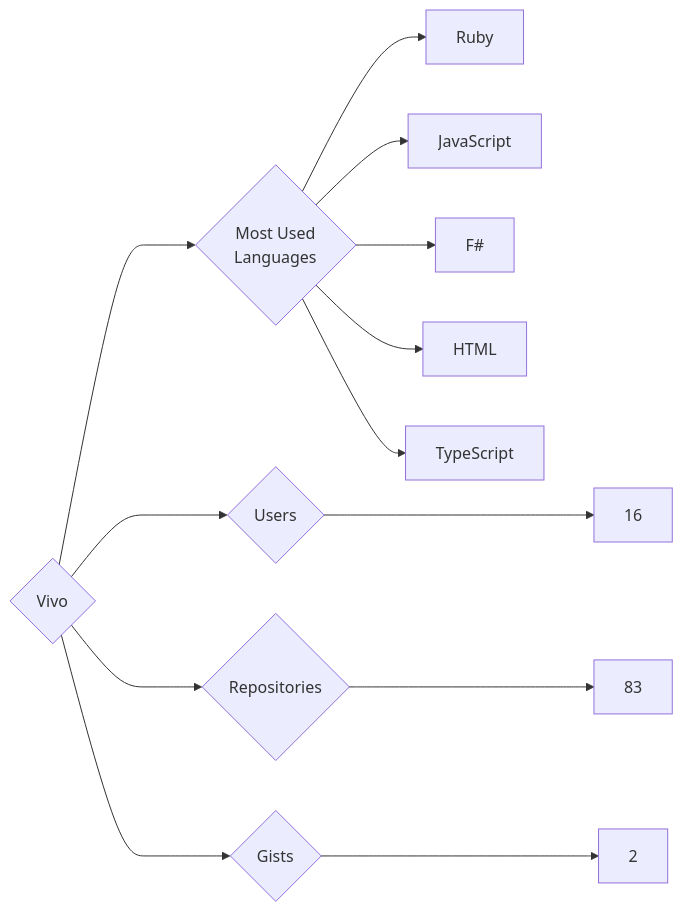
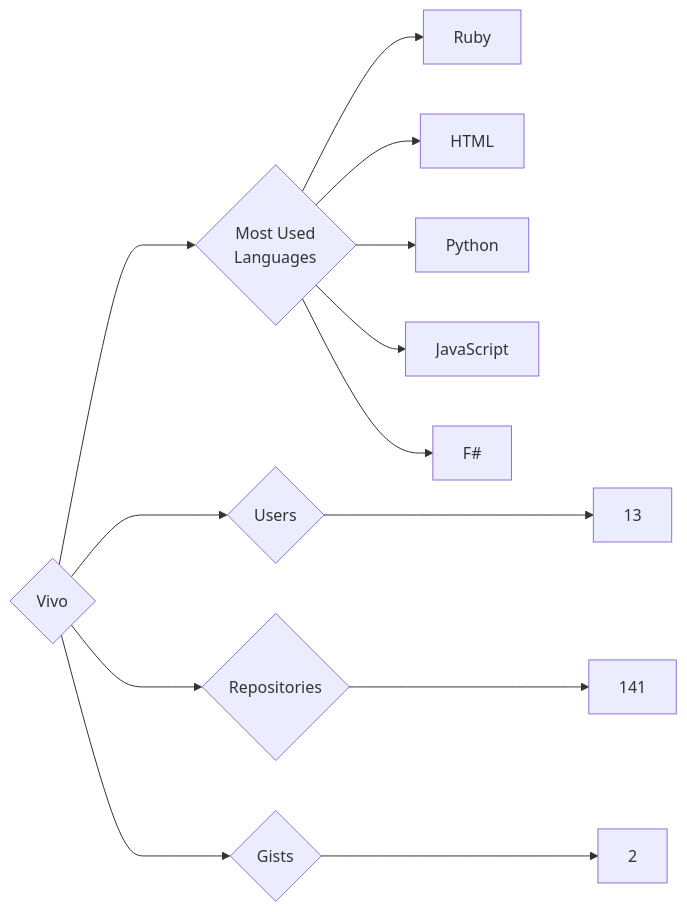
Before and after one commit to trickest/insiders: the diagram in targets/Vivo/README.md, drawn with Mermaid. The commit also changed 964 other files, not shown here.

````diff
--- a/targets/Vivo/README.md
+++ b/targets/Vivo/README.md
@@ -3,13 +3,13 @@
 ```mermaid
 graph LR
 COMPANY_NAME{Vivo}
-COMPANY_NAME ---> U{Users} ---> UN[16]
-COMPANY_NAME ---> R{Repositories} ---> RN[83]
+COMPANY_NAME ---> U{Users} ---> UN[13]
+COMPANY_NAME ---> R{Repositories} ---> RN[141]
 COMPANY_NAME ---> G{Gists} ---> GN[2]
 COMPANY_NAME ---> ML{Most Used<br>Languages}
 ML --> Ruby[Ruby]
+ML --> HTML[HTML]
+ML --> Python[Python]
 ML --> JavaScript[JavaScript]
 ML --> F#[F#]
-ML --> HTML[HTML]
-ML --> TypeScript[TypeScript]
 ```
````
